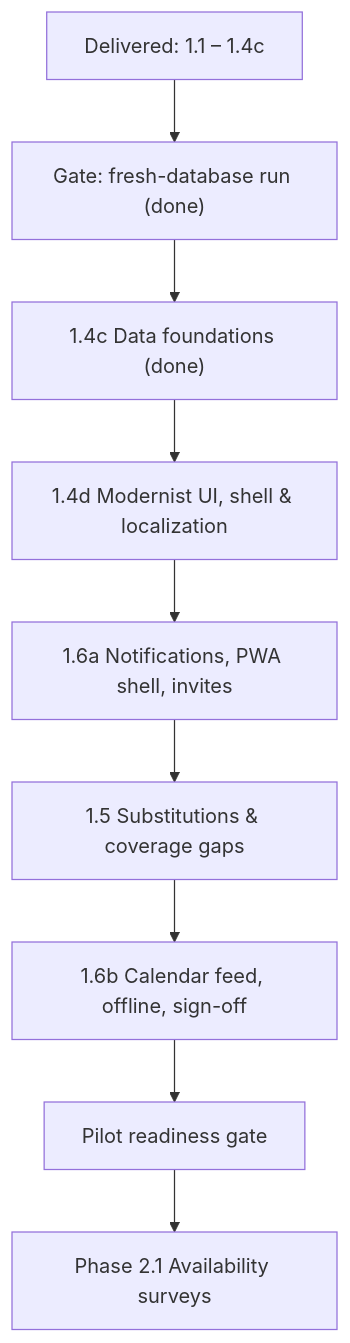
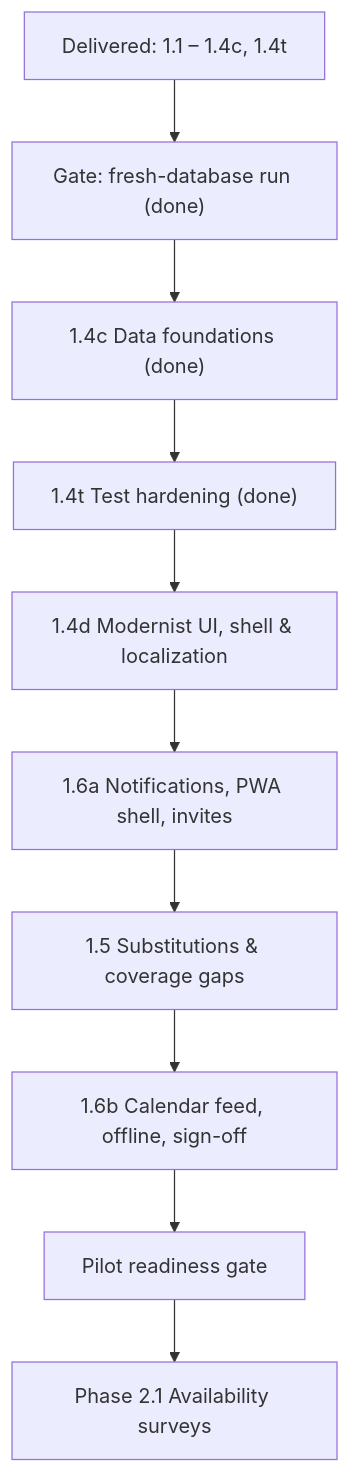
The diagram in pocket-coach-wiki/wiki/codebase/implementation-plan.md (pratyuksh/pocket-coach), drawn with Mermaid before and after one commit. The commit also changed other lines of this file and 36 other files, not shown here.

First line of the commit message:
~ feat: Sub-Phase 1.4t test hardening (write-policy tests, atomic create_season, real E2E flows)

````diff
--- a/pocket-coach-wiki/wiki/codebase/implementation-plan.md
+++ b/pocket-coach-wiki/wiki/codebase/implementation-plan.md
@@ -44,11 +46,12 @@
 ```mermaid
 flowchart TD
-    DONE["Delivered: 1.1 – 1.4c"] --> G["Gate: fresh-database run (done)"]
+    DONE["Delivered: 1.1 – 1.4c, 1.4t"] --> G["Gate: fresh-database run (done)"]
     G --> S14C["1.4c Data foundations (done)"]
-    S14C --> S14D["1.4d Modernist UI, shell & localization"]
+    S14C --> S14T["1.4t Test hardening (done)"]
+    S14T --> S14D["1.4d Modernist UI, shell & localization"]
     S14D --> S16A["1.6a Notifications, PWA shell, invites"]
     S16A --> S15["1.5 Substitutions & coverage gaps"]
     S15 --> S16B["1.6b Calendar feed, offline, sign-off"]
     S16B --> PILOT["Pilot readiness gate"]
     PILOT --> P2["Phase 2.1 Availability surveys"]
 ```
````
